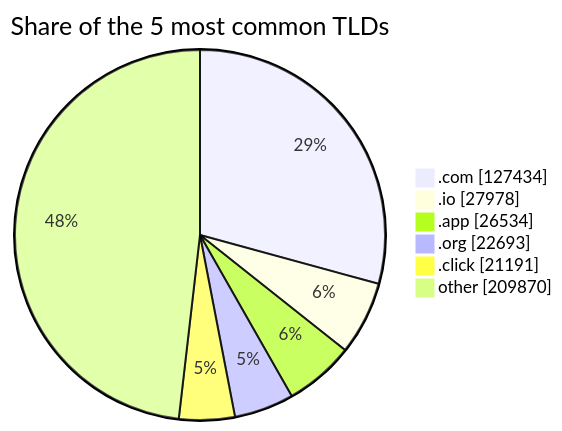
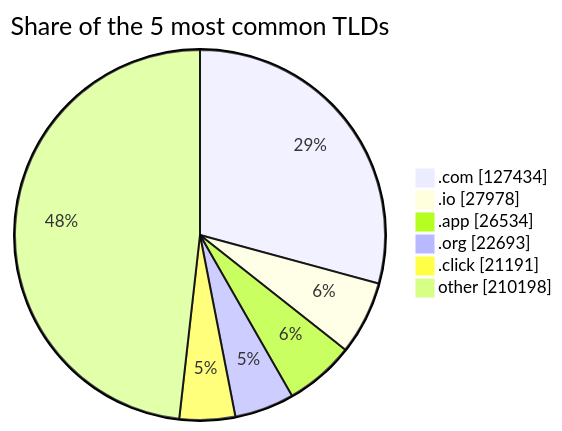
The third of 3 diagrams in README.md (DNSBunker/CTI), drawn with Mermaid before and after one commit. The commit also changed other lines of this file and 3 other files, not shown here.

````diff
--- a/README.md
+++ b/README.md
@@ -81,9 +81,9 @@
 ```mermaid
 pie showData title Share of the 5 most common TLDs
     ".com" : 127434
     ".io" : 27978
     ".app" : 26534
     ".org" : 22693
     ".click" : 21191
-    "other" : 209870
+    "other" : 210198
 ```
````
